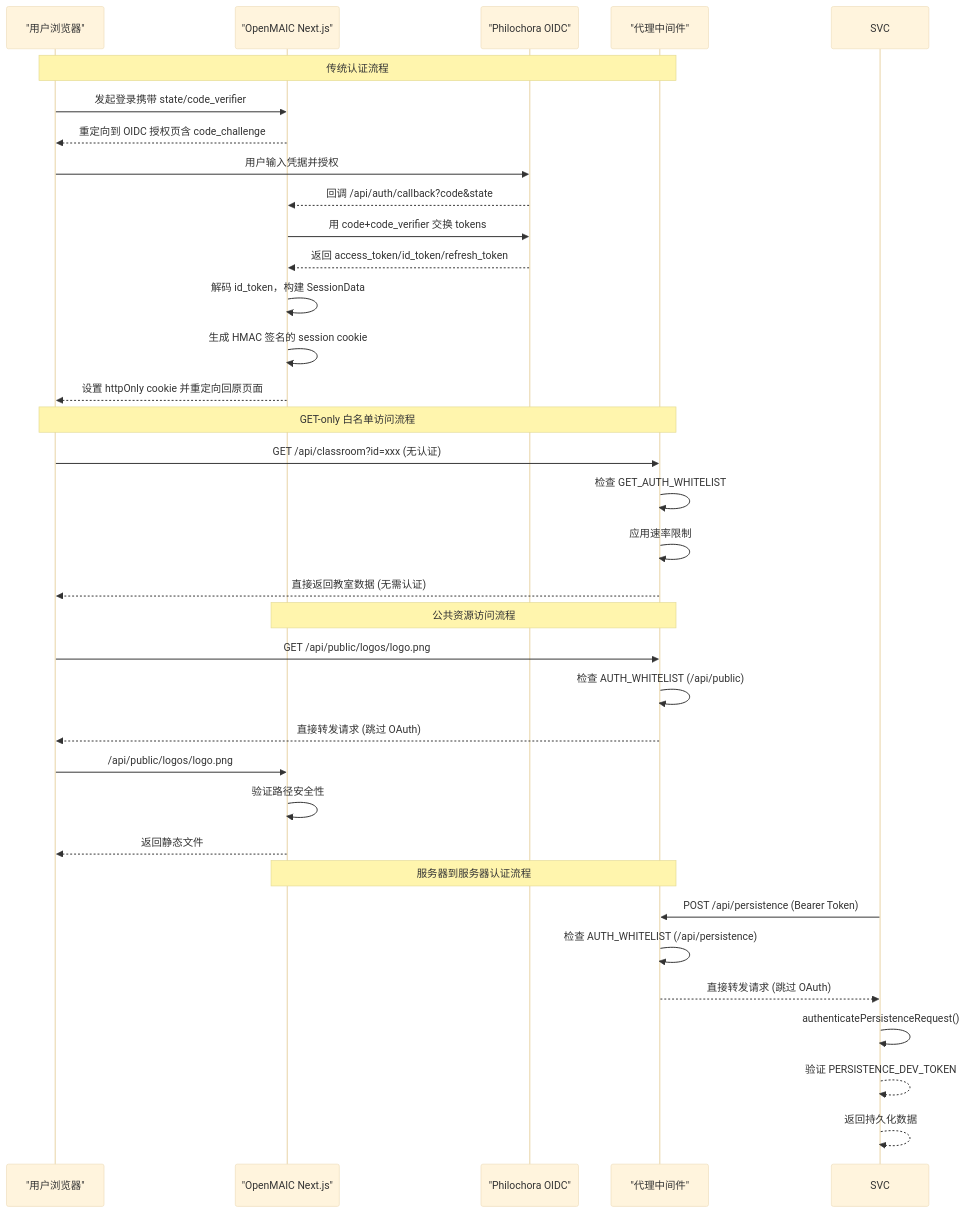
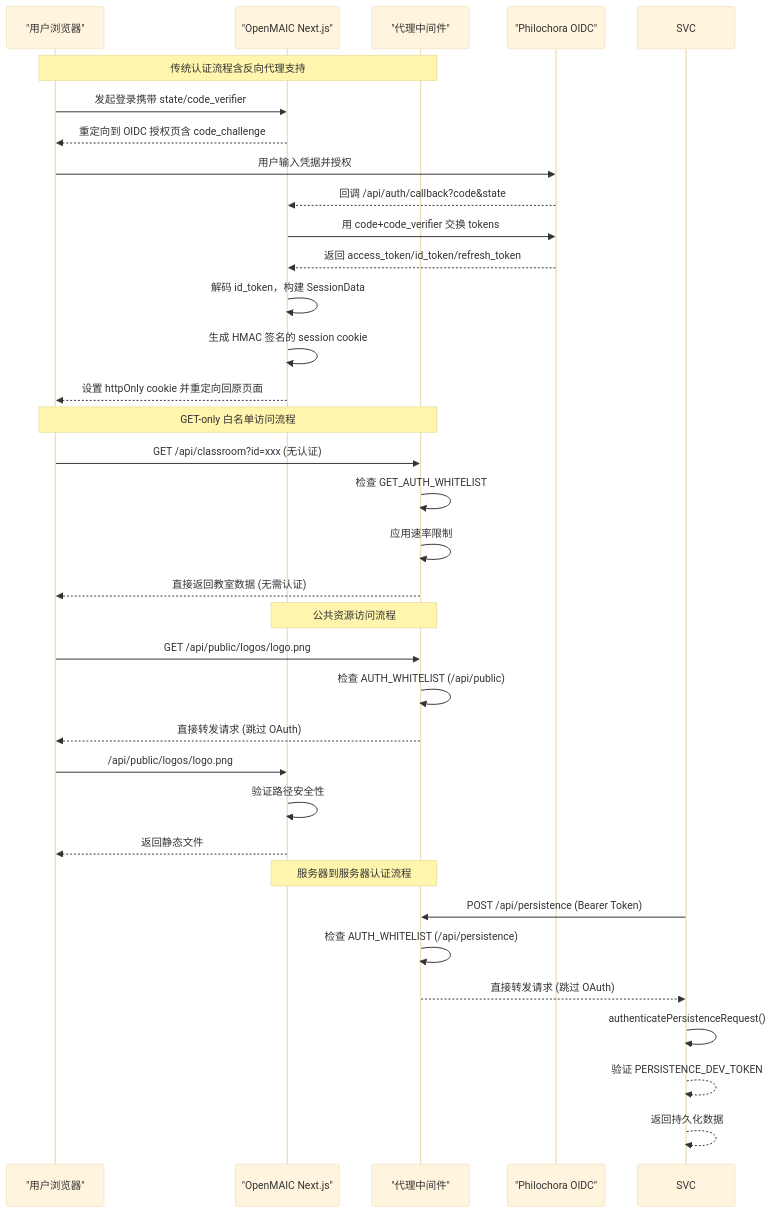
Before and after one commit to huangboheng/OpenMAIC: the first of 10 diagrams in .qoder/repowiki/zh/content/架构设计/后端架构设计/OAuth 2.0 认证系统.md, drawn with Mermaid (base theme). The commit also changed other lines of this file and 23 other files, not shown here.

````diff
--- a/.qoder/repowiki/zh/content/架构设计/后端架构设计/OAuth 2.0 认证系统.md
+++ b/.qoder/repowiki/zh/content/架构设计/后端架构设计/OAuth 2.0 认证系统.md
@@ -56,36 +60,36 @@
 ```mermaid
 sequenceDiagram
 participant U as "用户浏览器"
 participant APP as "OpenMAIC Next.js"
+participant Proxy as "代理中间件"
 participant OIDC as "Philochora OIDC"
-participant Proxy as "代理中间件"
-Note over U,Proxy : 传统认证流程
+Note over U,Proxy : 传统认证流程含反向代理支持
 U->>APP : 发起登录携带 state/code_verifier
 APP-->>U : 重定向到 OIDC 授权页含 code_challenge
 U->>OIDC : 用户输入凭据并授权
 OIDC-->>APP : 回调 /api/auth/callback?code&state
 APP->>OIDC : 用 code+code_verifier 交换 tokens
 OIDC-->>APP : 返回 access_token/id_token/refresh_token
 APP->>APP : 解码 id_token，构建 SessionData
 APP->>APP : 生成 HMAC 签名的 session cookie
 APP-->>U : 设置 httpOnly cookie 并重定向回原页面
 Note over U,Proxy : GET-only 白名单访问流程
 U->>Proxy : GET /api/classroom?id=xxx (无认证)
 Proxy->>Proxy : 检查 GET_AUTH_WHITELIST
 Proxy->>Proxy : 应用速率限制
 Proxy-->>U : 直接返回教室数据 (无需认证)
 Note over Proxy,APP : 公共资源访问流程
 U->>Proxy : GET /api/public/logos/logo.png
 Proxy->>Proxy : 检查 AUTH_WHITELIST (/api/public)
 Proxy-->>U : 直接转发请求 (跳过 OAuth)
 U->>APP : /api/public/logos/logo.png
 APP->>APP : 验证路径安全性
 APP-->>U : 返回静态文件
 Note over Proxy,APP : 服务器到服务器认证流程
 SVC->>Proxy : POST /api/persistence (Bearer Token)
 Proxy->>Proxy : 检查 AUTH_WHITELIST (/api/persistence)
 Proxy-->>SVC : 直接转发请求 (跳过 OAuth)
 SVC->>SVC : authenticatePersistenceRequest()
 SVC-->>SVC : 验证 PERSISTENCE_DEV_TOKEN
 SVC-->>SVC : 返回持久化数据
 ```
````
